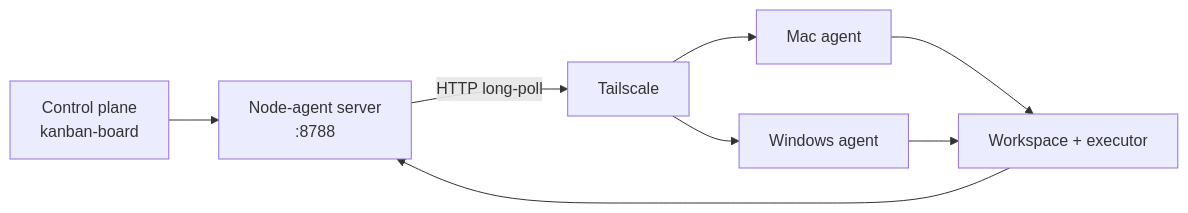
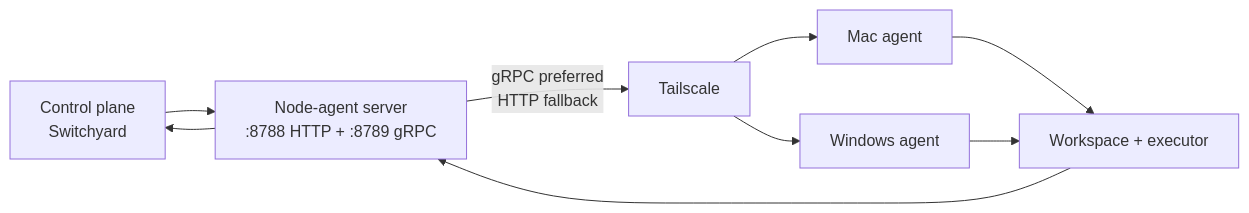
One commit to adityahimaone/node-agent changed the first of 2 diagrams in README.md. Above: the diagram before and after it, drawn with Mermaid. The commit also changed other lines of this file, not shown here.

Commit message:
docs: rewrite README in English, link switchyard control plane repo, expand architecture and ops docs

````diff
--- a/README.md
+++ b/README.md
@@ -9,10 +9,11 @@
 ```mermaid
 flowchart LR
-  C[Control plane<br/>kanban-board] --> S[Node-agent server<br/>:8788]
-  S -->|HTTP long-poll| T[Tailscale]
+  C[Control plane<br/>Switchyard] --> S[Node-agent server<br/>:8788 HTTP + :8789 gRPC]
+  S -->|gRPC preferred<br/>HTTP fallback| T[Tailscale]
   T --> M[Mac agent]
   T --> W[Windows agent]
   M --> X[Workspace + executor]
   W --> X
   X --> S
+  S --> C
 ```
````
